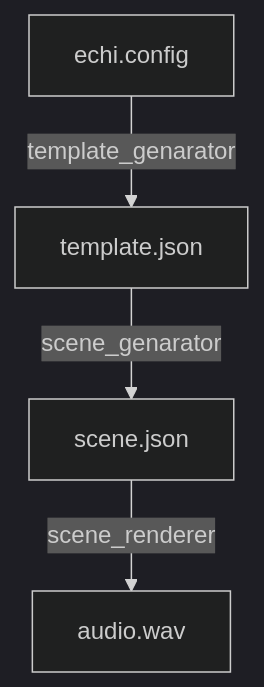
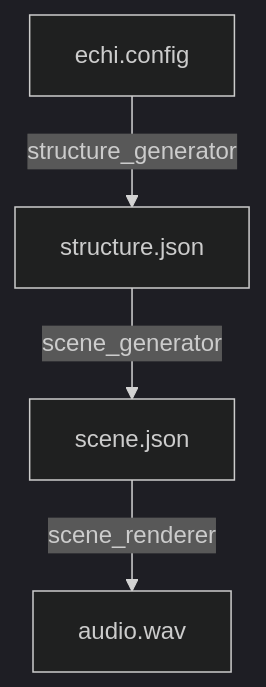
The diagram in src/README.md (jonbarker68/ECHI_Scene_Generartion), drawn with Mermaid before and after one commit. The commit also changed other lines of this file and 8 other files, not shown here.

````diff
--- a/src/README.md
+++ b/src/README.md
@@ -7,10 +7,10 @@
 ```mermaid
 ---
 config:
   theme: dark
 ---
 flowchart TD
-    A[echi.config] -- template_genarator --> B[template.json]
-    B -- scene_genarator --> C[scene.json]
+    A[echi.config] -- structure_generator --> B[structure.json]
+    B -- scene_generator --> C[scene.json]
     C -- scene_renderer -->DC[audio.wav]
 ```
````
